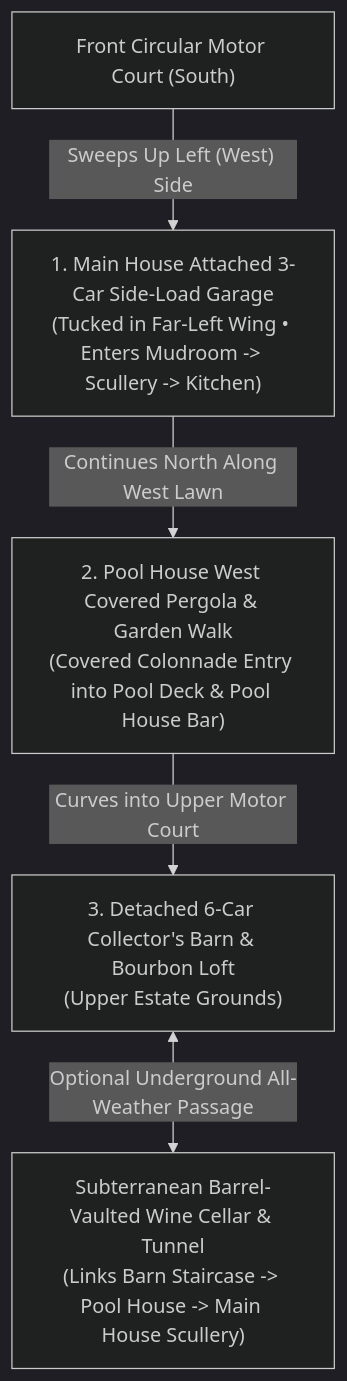
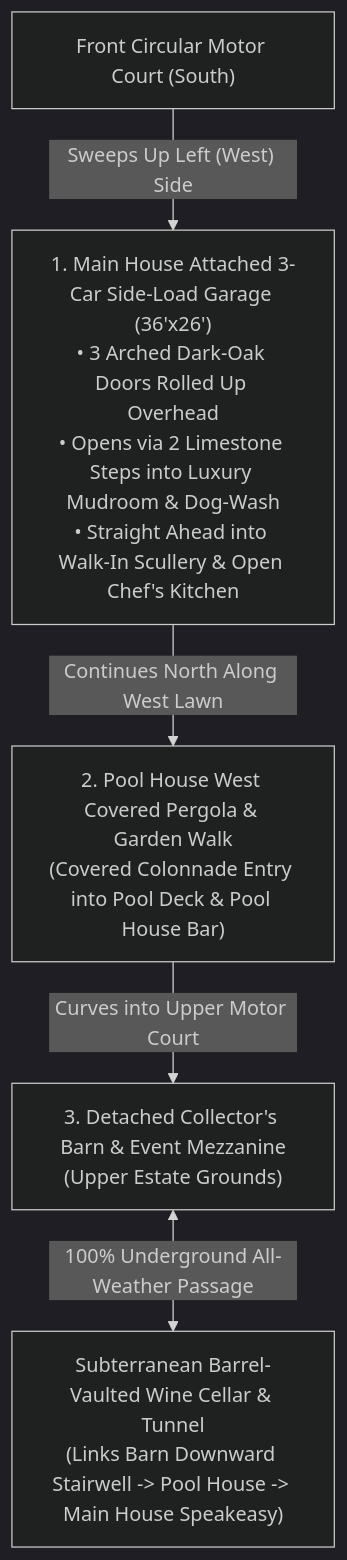
One commit to bmvinson/vinson-estates changed the fourth of 4 diagrams in docs/estate_specifications_and_outbuildings.md. Above: the diagram before and after it, drawn with Mermaid (dark theme). The commit also changed other lines of this file and 7 other files, not shown here.

Commit message:
Update Barn v5 (downward wine cellar stairwell & upstairs full event bar/lounge) + add Attached 3-Car Garage interior view

````diff
--- a/docs/estate_specifications_and_outbuildings.md
+++ b/docs/estate_specifications_and_outbuildings.md
@@ -220,7 +224,7 @@
 ```mermaid
 flowchart TB
-    FrontDrive["Front Circular Motor Court (South)"] -->|"Sweeps Up Left (West) Side"| AttachedGarage["1. Main House Attached 3-Car Side-Load Garage\n(Tucked in Far-Left Wing • Enters Mudroom -> Scullery -> Kitchen)"]
+    FrontDrive["Front Circular Motor Court (South)"] -->|"Sweeps Up Left (West) Side"| AttachedGarage["1. Main House Attached 3-Car Side-Load Garage (36'x26')\n• 3 Arched Dark-Oak Doors Rolled Up Overhead\n• Opens via 2 Limestone Steps into Luxury Mudroom & Dog-Wash\n• Straight Ahead into Walk-In Scullery & Open Chef's Kitchen"]
     AttachedGarage -->|"Continues North Along West Lawn"| PoolPergola["2. Pool House West Covered Pergola & Garden Walk\n(Covered Colonnade Entry into Pool Deck & Pool House Bar)"]
-    PoolPergola -->|"Curves into Upper Motor Court"| BarnCourt["3. Detached 6-Car Collector's Barn & Bourbon Loft\n(Upper Estate Grounds)"]
-    BarnCourt <-->|"Optional Underground All-Weather Passage"| WineTunnel["Subterranean Barrel-Vaulted Wine Cellar & Tunnel\n(Links Barn Staircase -> Pool House -> Main House Scullery)"]
+    PoolPergola -->|"Curves into Upper Motor Court"| BarnCourt["3. Detached Collector's Barn & Event Mezzanine\n(Upper Estate Grounds)"]
+    BarnCourt <-->|"100% Underground All-Weather Passage"| WineTunnel["Subterranean Barrel-Vaulted Wine Cellar & Tunnel\n(Links Barn Downward Stairwell -> Pool House -> Main House Speakeasy)"]
 ```
````
